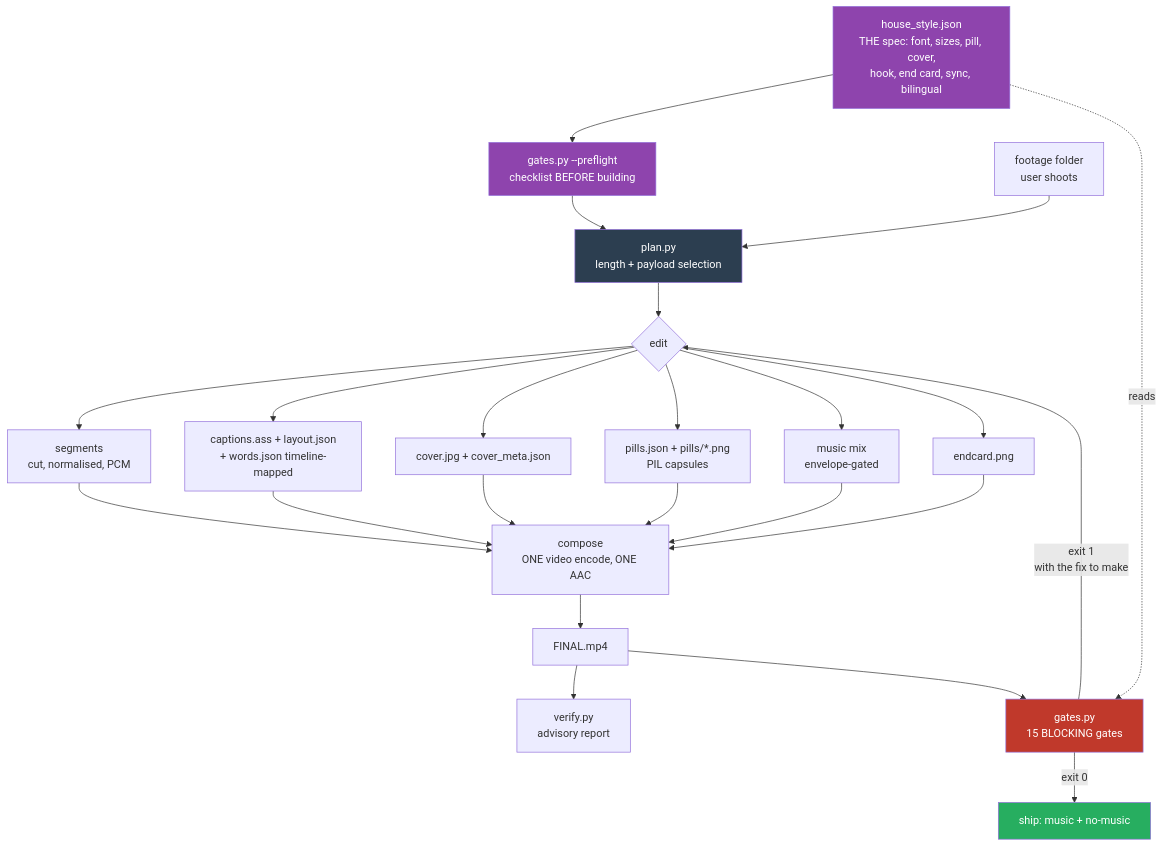
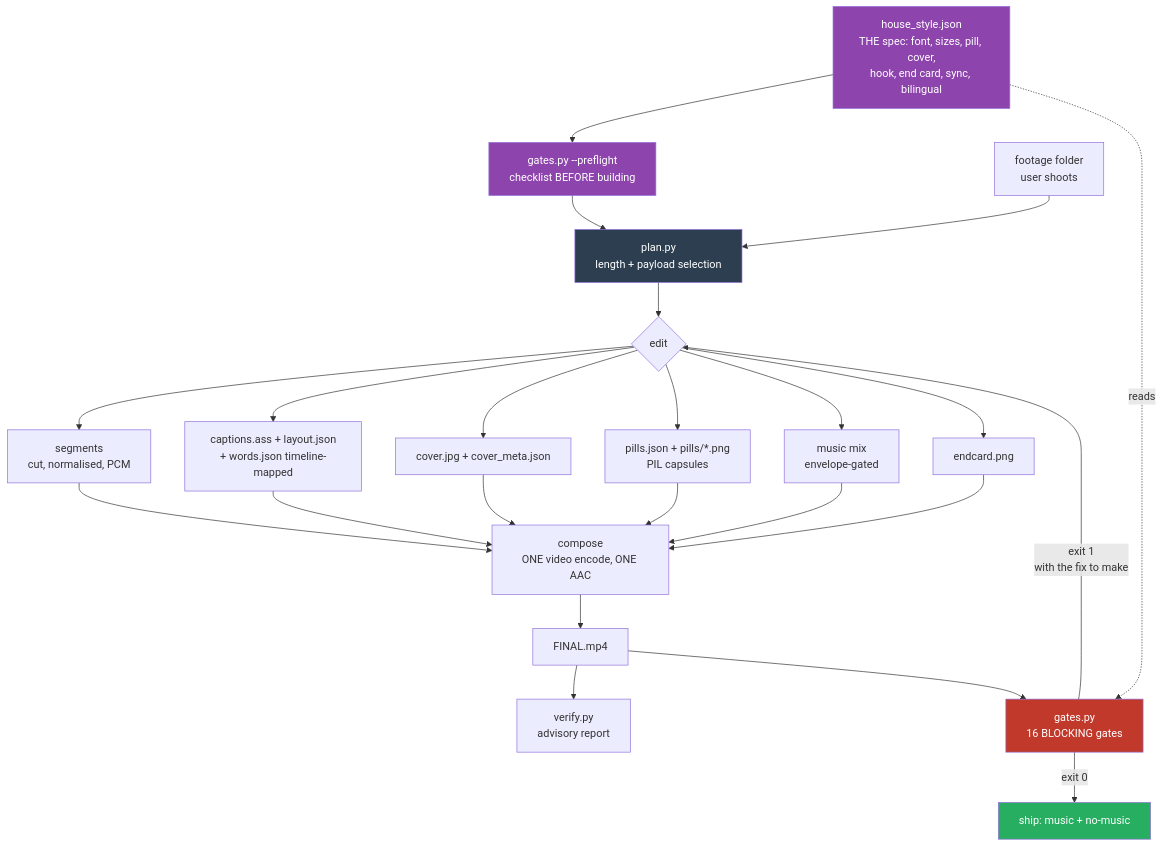
The first of 4 diagrams in ARCHITECTURE.md (chyiiiiiiiiiiii/yiibu), drawn with Mermaid before and after one commit. The commit also changed other lines of this file and 16 other files, not shown here.

````diff
--- a/ARCHITECTURE.md
+++ b/ARCHITECTURE.md
@@ -28,32 +28,32 @@
 ```mermaid
 flowchart TD
     HS[house_style.json<br/>THE spec: font, sizes, pill, cover,<br/>hook, end card, sync, bilingual]
     HS --> PF[gates.py --preflight<br/>checklist BEFORE building]
     PF --> B[plan.py<br/>length + payload selection]
     A[footage folder<br/>user shoots] --> B
     B --> C{edit}
     C --> D[segments<br/>cut, normalised, PCM]
     C --> E[captions.ass + layout.json<br/>+ words.json timeline-mapped]
     C --> F[cover.jpg + cover_meta.json]
     C --> P[pills.json + pills/*.png<br/>PIL capsules]
     C --> G[music mix<br/>envelope-gated]
     C --> N[endcard.png]
     D --> H[compose<br/>ONE video encode, ONE AAC]
     E --> H
     F --> H
     P --> H
     G --> H
     N --> H
     H --> I[FINAL.mp4]
     I --> J[verify.py<br/>advisory report]
-    I --> K[gates.py<br/>15 BLOCKING gates]
+    I --> K[gates.py<br/>16 BLOCKING gates]
     HS -.reads.-> K
     K -->|exit 1<br/>with the fix to make| C
     K -->|exit 0| L[ship: music + no-music]
 
     style K fill:#c0392b,color:#fff
     style HS fill:#8e44ad,color:#fff
     style PF fill:#8e44ad,color:#fff
     style B fill:#2c3e50,color:#fff
     style L fill:#27ae60,color:#fff
 ```
````
